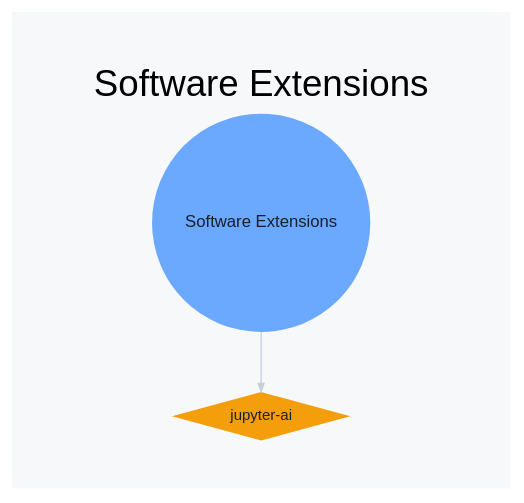
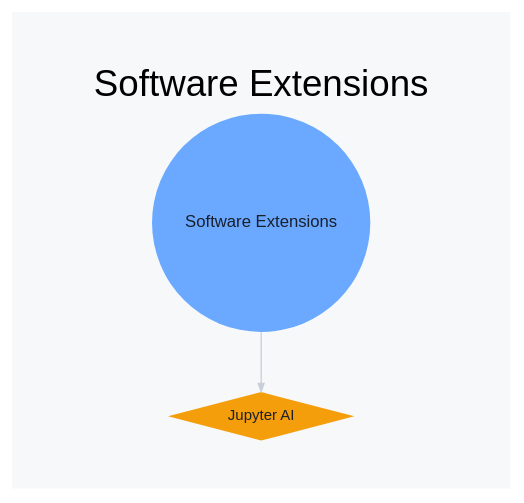
One commit to danielrosehill/Agentic-AI-Ecosystem changed the diagram in snapshots/2026-04-09/segments/software-extensions.dot. Above: the diagram before and after it, drawn with Graphviz. The commit also changed 272 other files, not shown here.

```diff
--- a/snapshots/2026-04-09/segments/software-extensions.dot
+++ b/snapshots/2026-04-09/segments/software-extensions.dot
@@ -1,8 +1,8 @@
 digraph G {
   graph [layout=dot, overlap=false, splines=true, bgcolor="#f7f8fa", fontname="Helvetica", labelloc="t", label="Software Extensions", fontsize=22, pad=0.4];
   node [fontname="Helvetica", style="filled", penwidth=0, fontcolor="#1a1f2c"];
   edge [color="#c8cfdb", arrowsize=0.5, penwidth=0.8];
   "cat:software-extensions" [label="Software Extensions", shape=circle, fillcolor="#6aa9ff", width=0.57, height=0.57, fontsize=10, tooltip="Extensions and plugins that add agentic capabilities to existing software."];
-  "proj:jupyter-ai" [label="jupyter-ai", shape=diamond, fillcolor="#f59e0b", width=0.40, height=0.40, fontsize=9, tooltip="https://github.com/jupyterlab/jupyter-ai", URL="https://github.com/jupyterlab/jupyter-ai"];
+  "proj:jupyter-ai" [label="Jupyter AI", shape=diamond, fillcolor="#f59e0b", width=0.40, height=0.40, fontsize=9, tooltip="https://github.com/jupyterlab/jupyter-ai", URL="https://github.com/jupyterlab/jupyter-ai"];
   "cat:software-extensions" -> "proj:jupyter-ai";
 }
```
